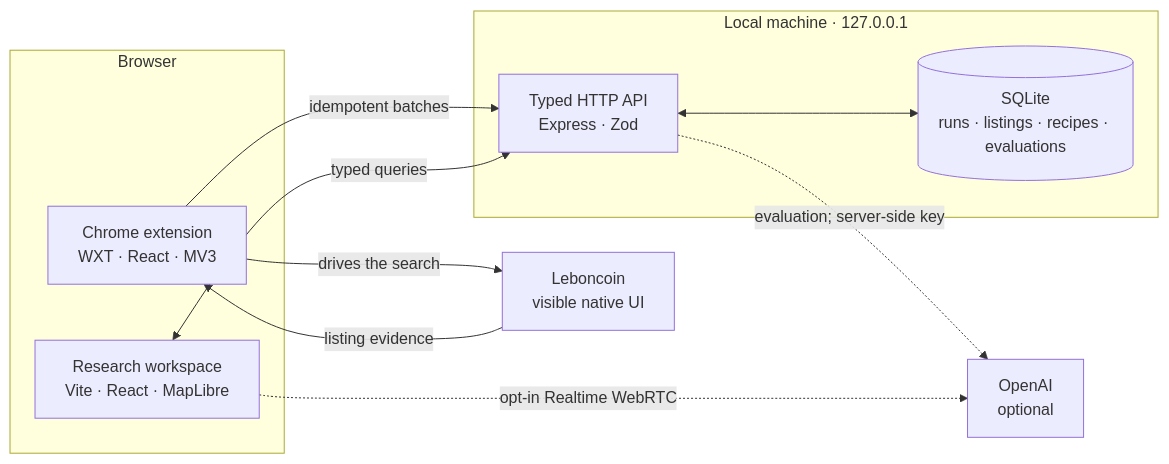
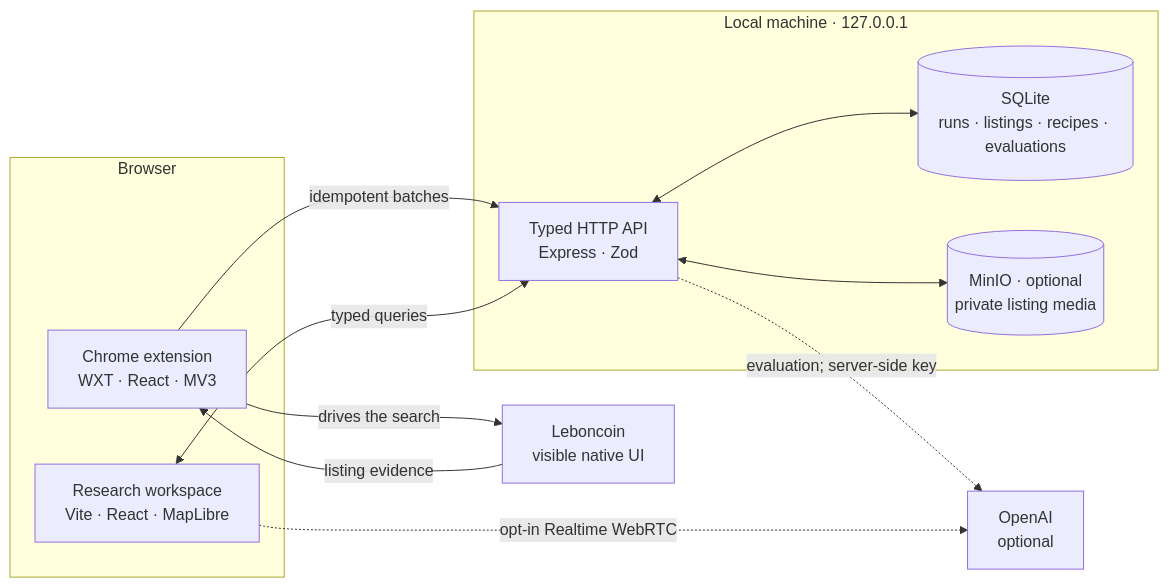
Before and after one commit to pablitxn/denicheur-breizh: the diagram in README.md, drawn with Mermaid. The commit also changed other lines of this file and 111 other files, not shown here.

````diff
--- a/README.md
+++ b/README.md
@@ -52,23 +52,25 @@
 ```mermaid
 flowchart LR
   subgraph browser["Browser"]
     extension["Chrome extension<br/>WXT · React · MV3"]
     web["Research workspace<br/>Vite · React · MapLibre"]
   end
 
   subgraph local["Local machine · 127.0.0.1"]
     api["Typed HTTP API<br/>Express · Zod"]
     sqlite[("SQLite<br/>runs · listings · recipes · evaluations")]
+    minio[("MinIO · optional<br/>private listing media")]
   end
 
   leboncoin["Leboncoin<br/>visible native UI"]
   openai["OpenAI<br/>optional"]
 
   extension -->|"drives the search"| leboncoin
   leboncoin -->|"listing evidence"| extension
   extension -->|"idempotent batches"| api
   web <-->|"typed queries"| api
   api <--> sqlite
+  api <--> minio
   api -.->|"evaluation; server-side key"| openai
   web -.->|"opt-in Realtime WebRTC"| openai
 ```
````
